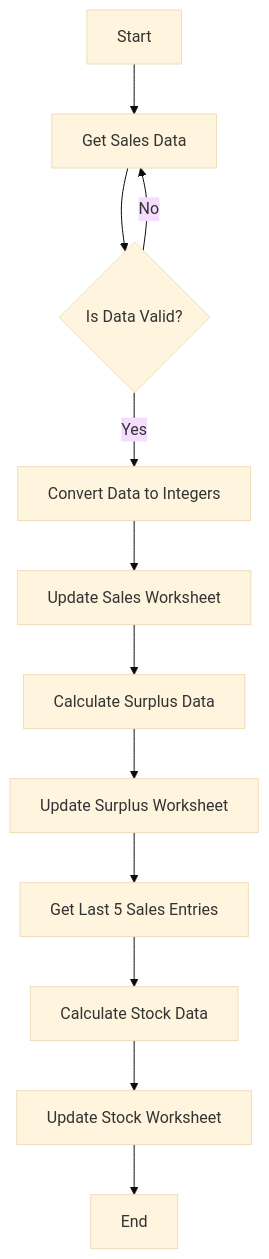
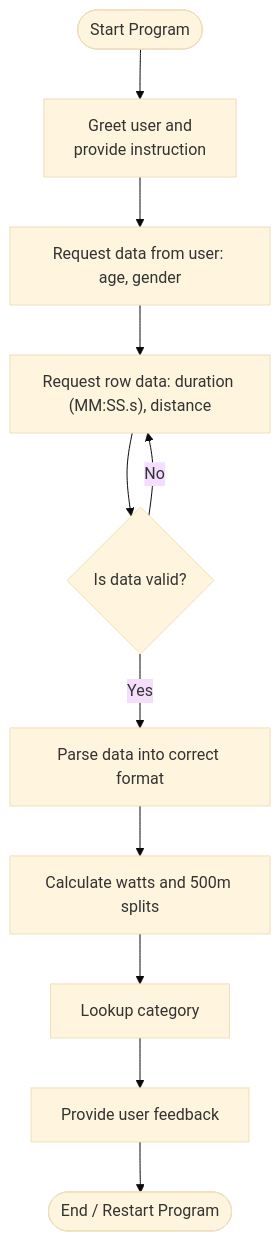
The diagram in README.md (geraldine-mor/row_assist), drawn with Mermaid (base theme) before and after one commit. The commit also changed other lines of this file and 12 other files, not shown here.

````diff
--- a/README.md
+++ b/README.md
@@ -203,14 +105,18 @@
-```mermaid
+```Mermaid
 flowchart TD
-    A[Start] --> B[Get Sales Data]
-    B --> C{Is Data Valid?}
-    C -->|Yes| D[Convert Data to Integers]
-    C -->|No| B
-    D --> E[Update Sales Worksheet]
-    E --> F[Calculate Surplus Data]
-    F --> G[Update Surplus Worksheet]
-    G --> H[Get Last 5 Sales Entries]
-    H --> I[Calculate Stock Data]
-    I --> J[Update Stock Worksheet]
-    J --> K[End]
+    A([Start Program])
+    A --> B["Greet user and<br/>provide instruction"]
+
+    B --> C["Request data from user: age, gender"]
+    C --> D["Request row data: duration (MM:SS.s), distance"]
+
+    D --> E{Is data valid?}
+    E -- No --> D
+    E -- Yes --> F["Parse data into correct format"]
+
+    F --> G["Calculate watts and 500m splits"]
+    G --> H["Lookup category"]
+    H --> I["Provide user feedback"]
+
+    I --> J(["End / Restart Program"])
 ```
````
